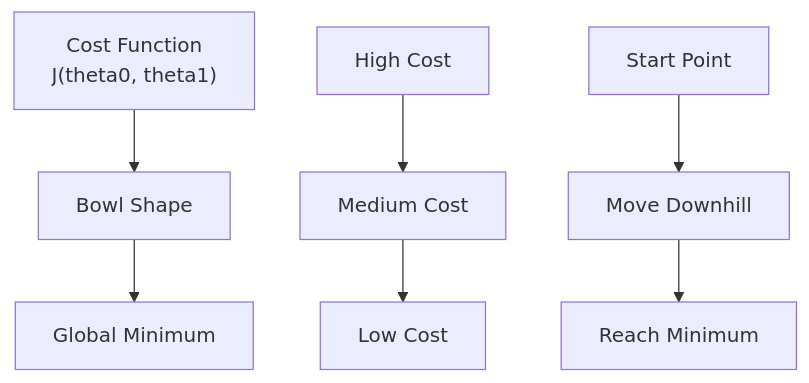
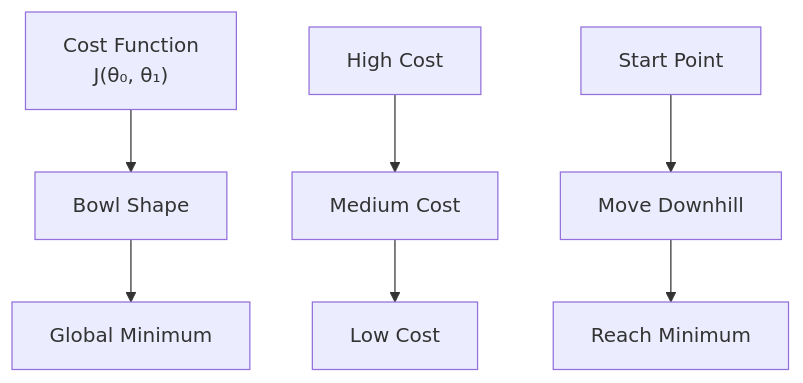
The fourth of 5 diagrams in ML Revision/03-Linear-Regression.md (nishant-iith/Learning-AI-ML), drawn with Mermaid before and after one commit. The commit also changed other lines of this file, not shown here.

````diff
--- a/ML Revision/03-Linear-Regression.md
+++ b/ML Revision/03-Linear-Regression.md
@@ -95,9 +95,9 @@
 ```mermaid
 flowchart TD
-    A["Cost Function<br/>J(theta0, theta1)"] --> B["Bowl Shape"]
+    A["Cost Function<br/>J(θ₀, θ₁)"] --> B["Bowl Shape"]
     B --> C["Global Minimum"]
 
     D["High Cost"] --> E["Medium Cost"] --> F["Low Cost"]
 
     G["Start Point"] --> H["Move Downhill"] --> I["Reach Minimum"]
 ```
````
